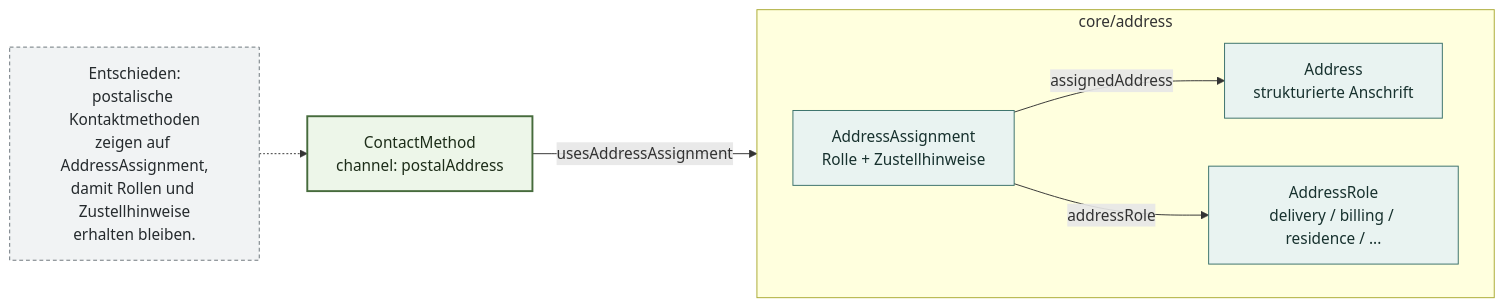
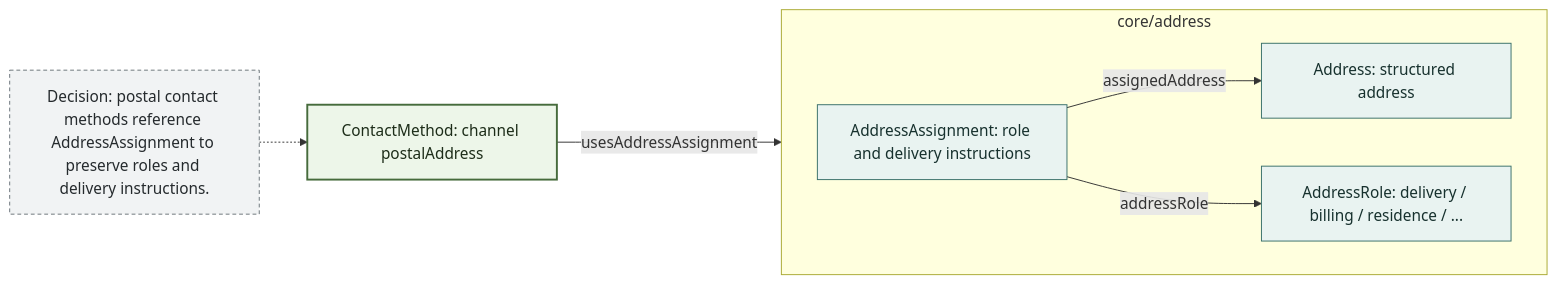
Before and after one commit to project-construct-x/constructx-ontologies: the third of 5 diagrams in modules/core/contact/docs/diagrams/contact-concept-model.md, drawn with Mermaid. The commit also changed other lines of this file and 230 other files, not shown here.

````diff
--- a/modules/core/contact/docs/diagrams/contact-concept-model.md
+++ b/modules/core/contact/docs/diagrams/contact-concept-model.md
@@ -88,26 +88,26 @@
 ```mermaid
 flowchart LR
-    Method["ContactMethod<br/>channel: postalAddress"]
+    Method["ContactMethod: channel postalAddress"]
 
     subgraph ADDRESS["core/address"]
         direction LR
-        Assignment["AddressAssignment<br/>Rolle + Zustellhinweise"]
-        Address["Address<br/>strukturierte Anschrift"]
-        Role["AddressRole<br/>delivery / billing / residence / ..."]
+        Assignment["AddressAssignment: role and delivery instructions"]
+        Address["Address: structured address"]
+        Role["AddressRole: delivery / billing / residence / ..."]
         Assignment -->|"assignedAddress"| Address
         Assignment -->|"addressRole"| Role
     end
 
     Method -->|"usesAddressAssignment"| Assignment
 
-    Decision["Entschieden:<br/>postalische Kontaktmethoden<br/>zeigen auf AddressAssignment,<br/>damit Rollen und Zustellhinweise<br/>erhalten bleiben."]
+    Decision["Decision: postal contact methods reference AddressAssignment to preserve roles and delivery instructions."]
     Decision -.-> Method
 
     classDef contact fill:#edf6e9,stroke:#466b3c,color:#1d2d19,stroke-width:2px;
     classDef address fill:#e9f3f1,stroke:#39706a,color:#17312e;
     classDef note fill:#f1f3f4,stroke:#6b747a,color:#252a2d,stroke-dasharray:4 3;
 
     class Method contact;
     class Assignment,Address,Role address;
     class Decision note;
 ```
````
